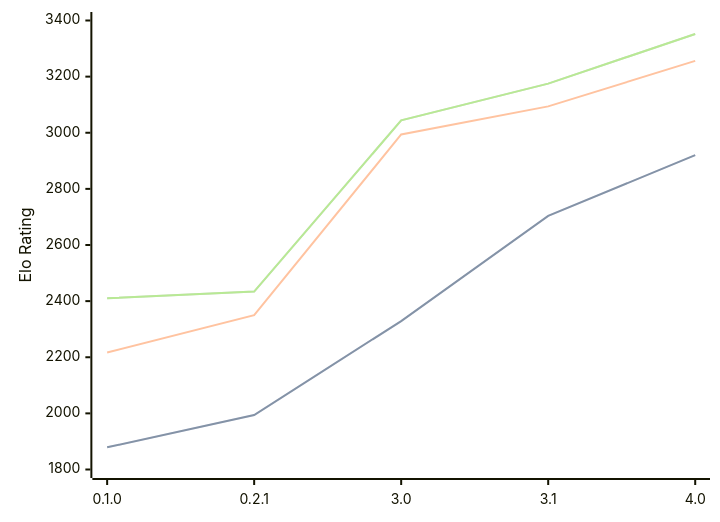
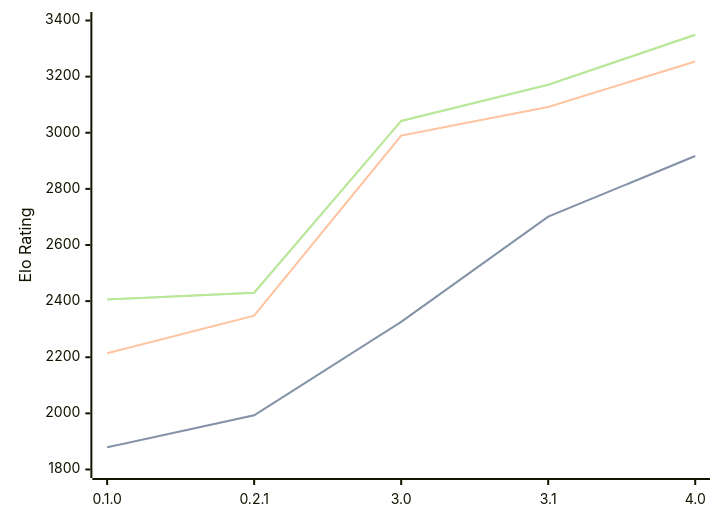
The diagram in engines/Sykora.md (computer-chess-index/cci), drawn with Mermaid before and after one commit. The commit also changed other lines of this file, not shown here.

Commit message:
Update CCI Ratings (ELO VLTC) - 2026-08-12

````diff
--- a/engines/Sykora.md
+++ b/engines/Sykora.md
@@ -36,11 +36,11 @@
 ```mermaid
 %%{init: {"theme":"base","themeVariables":{"seriesColors:['#a3a3a3','#222221','#faa371']}}}%%
 xychart-beta
   x-axis ["0.1.0", "0.2.1", "3.0", "3.1", "4.0"]
   y-axis "Elo Rating" 1800 --> 3400
-  line "STC (8.0+0.08s)" [1879, 1994, 2329, 2704, 2920]
-  line "STC (8.0+0.08s)" [1879, 1994, 2329, 2704, 2920]
-  line "LTC (60.0+0.60s)" [2217, 2350, 2994, 3094, 3256]
-  line "VLTC (2m24s+1.12s)" [2410, 2434, 3044, 3175, 3352]
-  line "VLTC (2m24s+1.12s)" [2410, 2434, 3044, 3175, 3352]
+  line "STC (8.0+0.08s)" [1879, 1993, 2326, 2701, 2917]
+  line "STC (8.0+0.08s)" [1879, 1993, 2326, 2701, 2917]
+  line "LTC (60.0+0.60s)" [2214, 2348, 2990, 3092, 3254]
+  line "VLTC (2m24s+1.12s)" [2406, 2430, 3042, 3171, 3349]
+  line "VLTC (2m24s+1.12s)" [2406, 2430, 3042, 3171, 3349]
 ```
````
